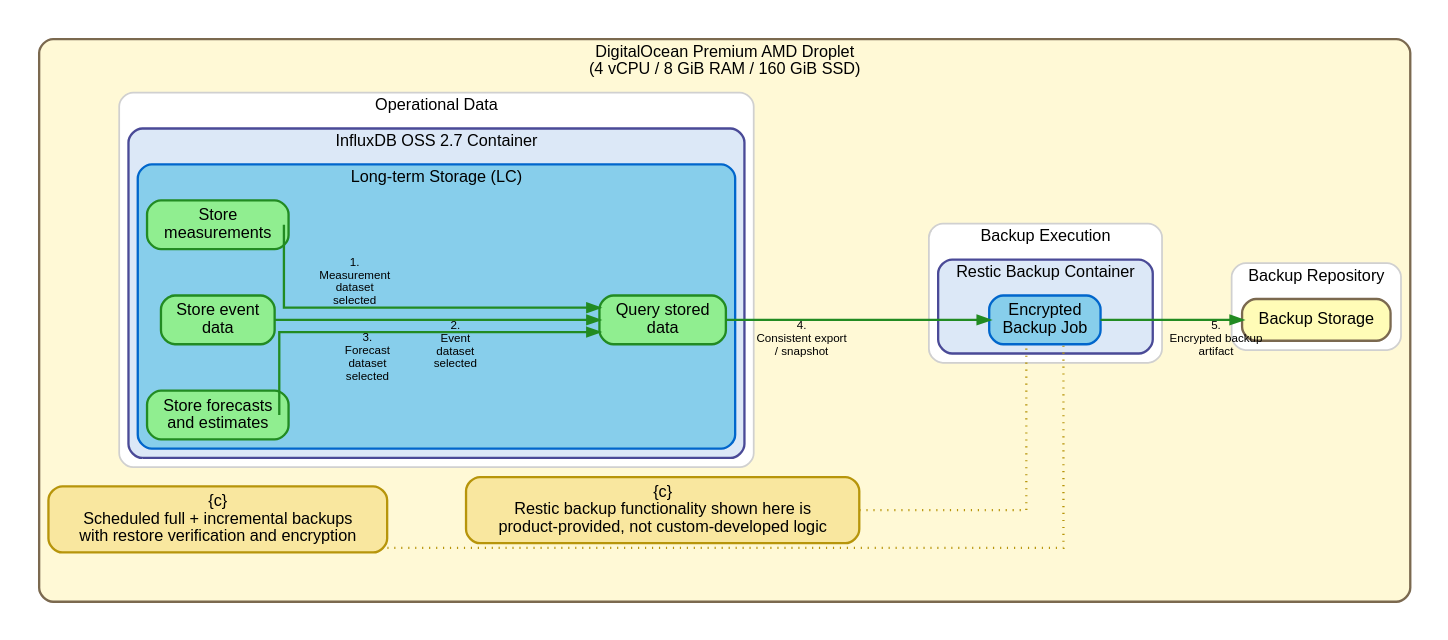
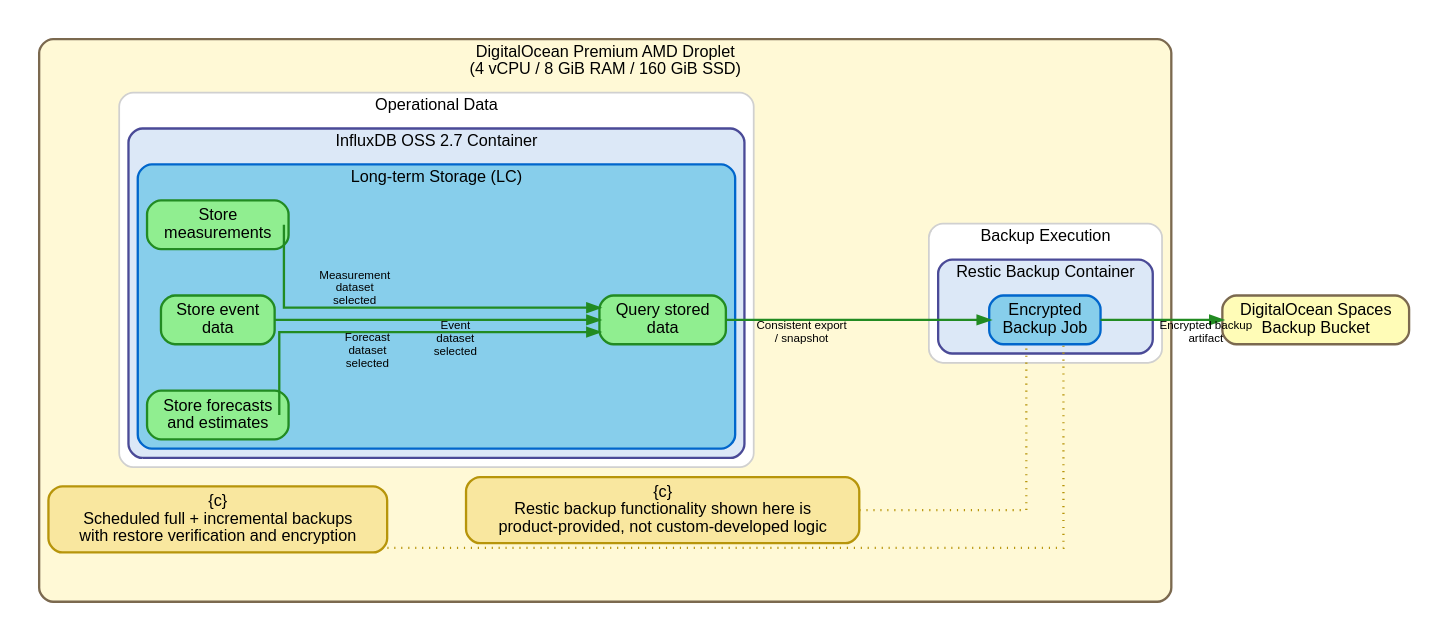
The diagram in se/PA/scenario_backup_time_series_db.dot (DeltaLabo/ASADA_Paso_Ancho), drawn with Graphviz before and after one commit. The commit also changed 13 other files, not shown here.

Commit message:
backup current PA diagram revisions before edge routing fix

```diff
--- a/se/PA/scenario_backup_time_series_db.dot
+++ b/se/PA/scenario_backup_time_series_db.dot
@@ -1,110 +1,102 @@
 digraph ScenarioBackupTimeSeriesDB {
   graph [
     rankdir=LR,
     splines=ortho,
     newrank=true,
     nodesep=0.55,
     ranksep=0.95,
     pad=0.25,
     compound=true,
     forcelabels=true,
     bgcolor="white",
     fontname="Helvetica"
   ];
 
   node [
     shape=box,
     style="rounded,filled",
     fillcolor="#FFFCB7",
     color="#7B694F",
     penwidth=2,
     fontname="Helvetica",
     margin="0.12,0.08"
   ];
 
   edge [
     color="#228B22",
     penwidth=2,
     fontname="Helvetica",
     fontsize=10
   ];
+
+  do_spaces [label="DigitalOcean Spaces\nBackup Bucket"];
 
   subgraph cluster_server_host {
     label="DigitalOcean Premium AMD Droplet\n(4 vCPU / 8 GiB RAM / 160 GiB SSD)";
     color="#7B694F";
     penwidth=2;
     style="rounded,filled";
     fillcolor="#FFF9D6";
 
     subgraph cluster_operational_data {
       label="Operational Data";
       color="#D0D0D0";
       penwidth=1.5;
       style="rounded,filled";
       fillcolor="white";
 
       subgraph cluster_influxdb {
         label="InfluxDB OSS 2.7 Container";
         color="#4A4A97";
         penwidth=2;
         style="rounded,filled";
         fillcolor="#DCE8F7";
 
         subgraph cluster_lts_lc {
           label="Long-term Storage (LC)";
           color="#0066CC";
           penwidth=2;
           style="rounded,filled";
           fillcolor="#87CEEB";
 
           LF_LTS4 [label="Store\nmeasurements", fillcolor="#90EE90", color="#228B22"];
           LF_LTS6 [label="Store event\ndata", fillcolor="#90EE90", color="#228B22"];
           LF_LTS3 [label="Store forecasts\nand estimates", fillcolor="#90EE90", color="#228B22"];
           LF_LTS5 [label="Query stored\ndata", fillcolor="#90EE90", color="#228B22"];
         }
       }
     }
 
     subgraph cluster_backup_execution {
       label="Backup Execution";
       color="#D0D0D0";
       penwidth=1.5;
       style="rounded,filled";
       fillcolor="white";
 
       subgraph cluster_restic {
         label="Restic Backup Container";
         color="#4A4A97";
         penwidth=2;
         style="rounded,filled";
         fillcolor="#DCE8F7";
 
         lc_backup [label="Encrypted\nBackup Job", fillcolor="#87CEEB", color="#0066CC"];
       }
     }
 
-    subgraph cluster_backup_repository {
-      label="Backup Repository";
-      color="#D0D0D0";
-      penwidth=1.5;
-      style="rounded,filled";
-      fillcolor="white";
-
-      backup_store [label="Backup Storage"];
-    }
-
     schedule_c [label="{c}\nScheduled full + incremental backups\nwith restore verification and encryption", fillcolor="#F9E79F", color="#B7950B"];
     builtin_c [label="{c}\nRestic backup functionality shown here is\nproduct-provided, not custom-developed logic", fillcolor="#F9E79F", color="#B7950B"];
 
     schedule_c -> builtin_c [style=invis, weight=10];
   }
 
-  LF_LTS4:e -> LF_LTS5:w [xlabel="1.\nMeasurement\ndataset\nselected"];
-  LF_LTS6:e -> LF_LTS5:w [xlabel="2.\nEvent\ndataset\nselected"];
-  LF_LTS3:e -> LF_LTS5:w [xlabel="3.\nForecast\ndataset\nselected"];
-  LF_LTS5:e -> lc_backup:w [xlabel="4.\nConsistent export\n/ snapshot"];
-  lc_backup:e -> backup_store:w [xlabel="5.\nEncrypted backup\nartifact"];
+  LF_LTS4:e -> LF_LTS5:w [xlabel="Measurement\ndataset\nselected"];
+  LF_LTS6:e -> LF_LTS5:w [xlabel="Event\ndataset\nselected"];
+  LF_LTS3:e -> LF_LTS5:w [xlabel="Forecast\ndataset\nselected"];
+  LF_LTS5:e -> lc_backup:w [xlabel="Consistent export\n/ snapshot"];
+  lc_backup:e -> do_spaces:w [xlabel="Encrypted backup\nartifact"];
 
   schedule_c -> lc_backup [style=dotted, arrowhead=none, color="#B7950B", constraint=false];
   builtin_c -> lc_backup [style=dotted, arrowhead=none, color="#B7950B", constraint=false];
 }
```
